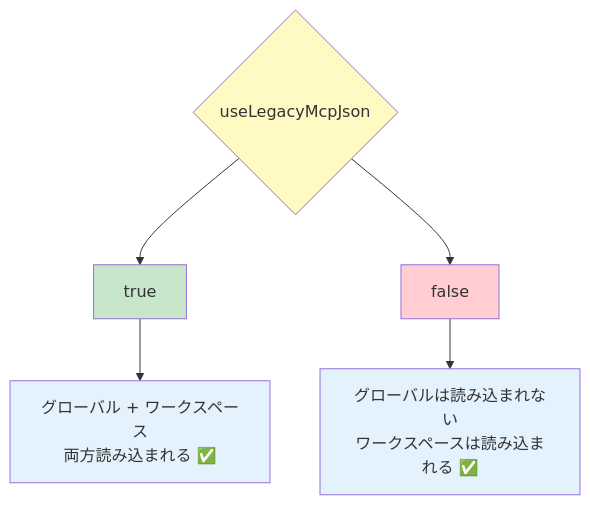
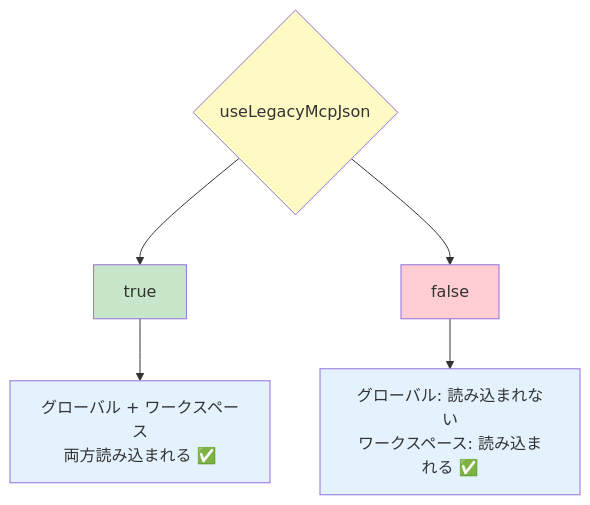
Before and after one commit to kamogashira-sys/q-cli-docs: the second of 2 diagrams in docs/01_for-users/02_features/02_agents.md, drawn with Mermaid.

Commit message:
fix: Mermaid図のテキストを短縮して全文表示されるように修正
- 「グローバルは読み込まれない」→「グローバル: 読み込まれない」
- 「ワークスペースは読み込まれる」→「ワークスペース: 読み込まれる」
- テキストボックス内で文字が切れないように調整

````diff
--- a/docs/01_for-users/02_features/02_agents.md
+++ b/docs/01_for-users/02_features/02_agents.md
@@ -793,13 +793,13 @@
 ```mermaid
 graph TB
     A{useLegacyMcpJson} --> B[true]
     A --> C[false]
-    B --> D[グローバル + ワークスペース<br/>両方読み込まれる ✅]
-    C --> E[グローバルは読み込まれない<br/>ワークスペースは読み込まれる ✅]
+    B --> D["グローバル + ワークスペース<br/>両方読み込まれる ✅"]
+    C --> E["グローバル: 読み込まれない<br/>ワークスペース: 読み込まれる ✅"]
     
     style A fill:#fff9c4
     style B fill:#c8e6c9
     style C fill:#ffcdd2
     style D fill:#e3f2fd
     style E fill:#e3f2fd
 ```
````
